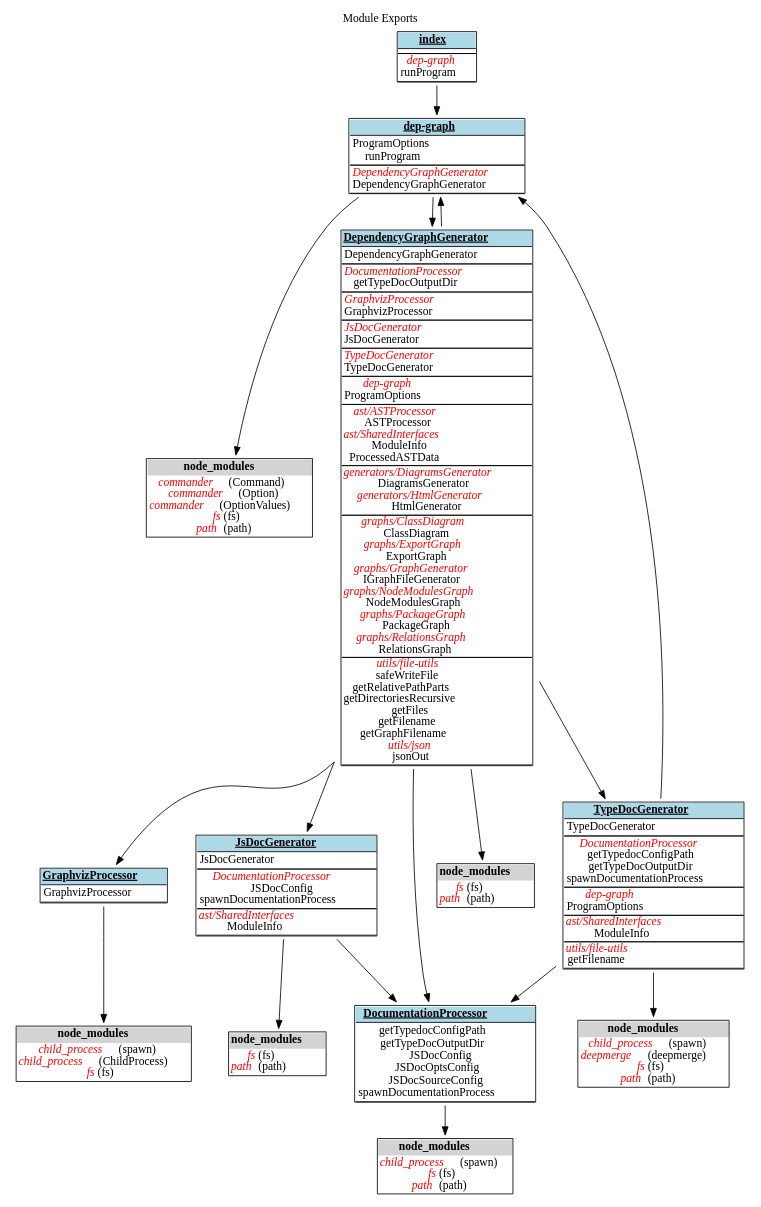
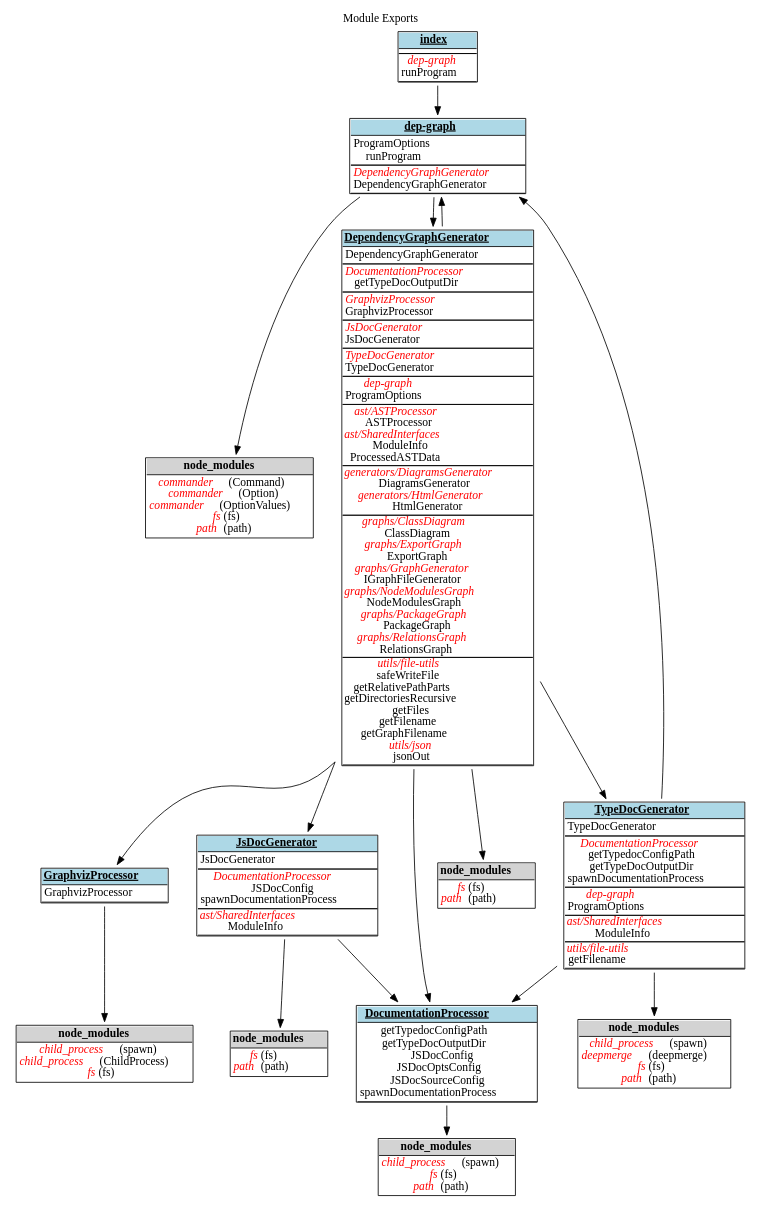
The diagram in dep-graph-ts/_ExportGraph.dot (fleebe/GitHubPages), drawn with Graphviz before and after one commit. The commit also changed 17 other files, not shown here.

Commit message:
Update docs for dep-graph-ts from fleebe/dep-graph-ts workflow

```diff
--- a/dep-graph-ts/_ExportGraph.dot
+++ b/dep-graph-ts/_ExportGraph.dot
@@ -13,7 +13,7 @@
 </TABLE>>];
 "dep-graph-node_modules" [shape=none, label=<<TABLE cellspacing="0" cellborder="0" align="left">
 <TR><TD bgcolor="lightgrey" align="center"><B>node_modules</B></TD></TR>
-<TR><TD align="left">
+<TR><TD BORDER="1" SIDES="T" align="left">
 <font color="red"><I>commander</I></font> (Command)<BR/>
 <font color="red"><I>commander</I></font> (Option)<BR/>
 <font color="red"><I>commander</I></font> (OptionValues)<BR/>
@@ -88,7 +88,7 @@
 </TABLE>>];
 "DependencyGraphGenerator-node_modules" [shape=none, label=<<TABLE cellspacing="0" cellborder="0" align="left">
 <TR><TD bgcolor="lightgrey" align="center"><B>node_modules</B></TD></TR>
-<TR><TD align="left">
+<TR><TD BORDER="1" SIDES="T" align="left">
 <font color="red"><I>fs</I></font> (fs)<BR/>
 <font color="red"><I>path</I></font> (path)<BR/>
 </TD></TR>
@@ -107,7 +107,7 @@
 </TABLE>>];
 "DocumentationProcessor-node_modules" [shape=none, label=<<TABLE cellspacing="0" cellborder="0" align="left">
 <TR><TD bgcolor="lightgrey" align="center"><B>node_modules</B></TD></TR>
-<TR><TD align="left">
+<TR><TD BORDER="1" SIDES="T" align="left">
 <font color="red"><I>child_process</I></font> (spawn)<BR/>
 <font color="red"><I>fs</I></font> (fs)<BR/>
 <font color="red"><I>path</I></font> (path)<BR/>
@@ -122,7 +122,7 @@
 </TABLE>>];
 "GraphvizProcessor-node_modules" [shape=none, label=<<TABLE cellspacing="0" cellborder="0" align="left">
 <TR><TD bgcolor="lightgrey" align="center"><B>node_modules</B></TD></TR>
-<TR><TD align="left">
+<TR><TD BORDER="1" SIDES="T" align="left">
 <font color="red"><I>child_process</I></font> (spawn)<BR/>
 <font color="red"><I>child_process</I></font> (ChildProcess)<BR/>
 <font color="red"><I>fs</I></font> (fs)<BR/>
@@ -155,7 +155,7 @@
 </TABLE>>];
 "JsDocGenerator-node_modules" [shape=none, label=<<TABLE cellspacing="0" cellborder="0" align="left">
 <TR><TD bgcolor="lightgrey" align="center"><B>node_modules</B></TD></TR>
-<TR><TD align="left">
+<TR><TD BORDER="1" SIDES="T" align="left">
 <font color="red"><I>fs</I></font> (fs)<BR/>
 <font color="red"><I>path</I></font> (path)<BR/>
 </TD></TR>
@@ -187,7 +187,7 @@
 </TABLE>>];
 "TypeDocGenerator-node_modules" [shape=none, label=<<TABLE cellspacing="0" cellborder="0" align="left">
 <TR><TD bgcolor="lightgrey" align="center"><B>node_modules</B></TD></TR>
-<TR><TD align="left">
+<TR><TD BORDER="1" SIDES="T" align="left">
 <font color="red"><I>child_process</I></font> (spawn)<BR/>
 <font color="red"><I>deepmerge</I></font> (deepmerge)<BR/>
 <font color="red"><I>fs</I></font> (fs)<BR/>
```
